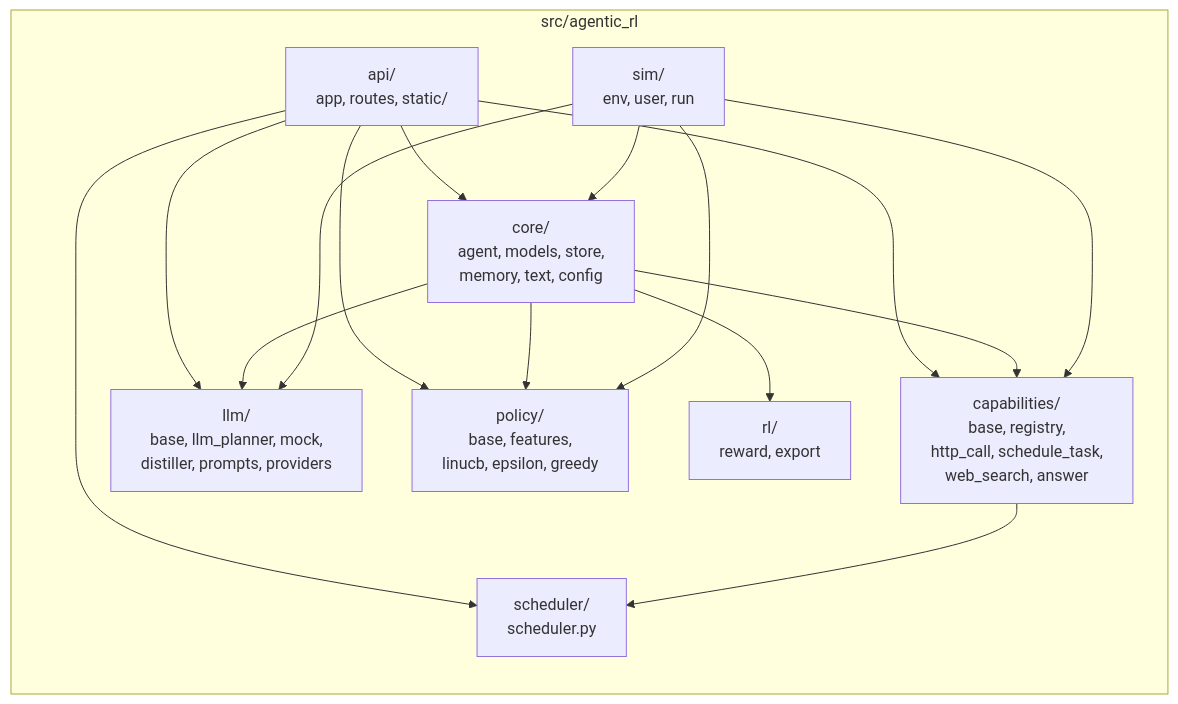
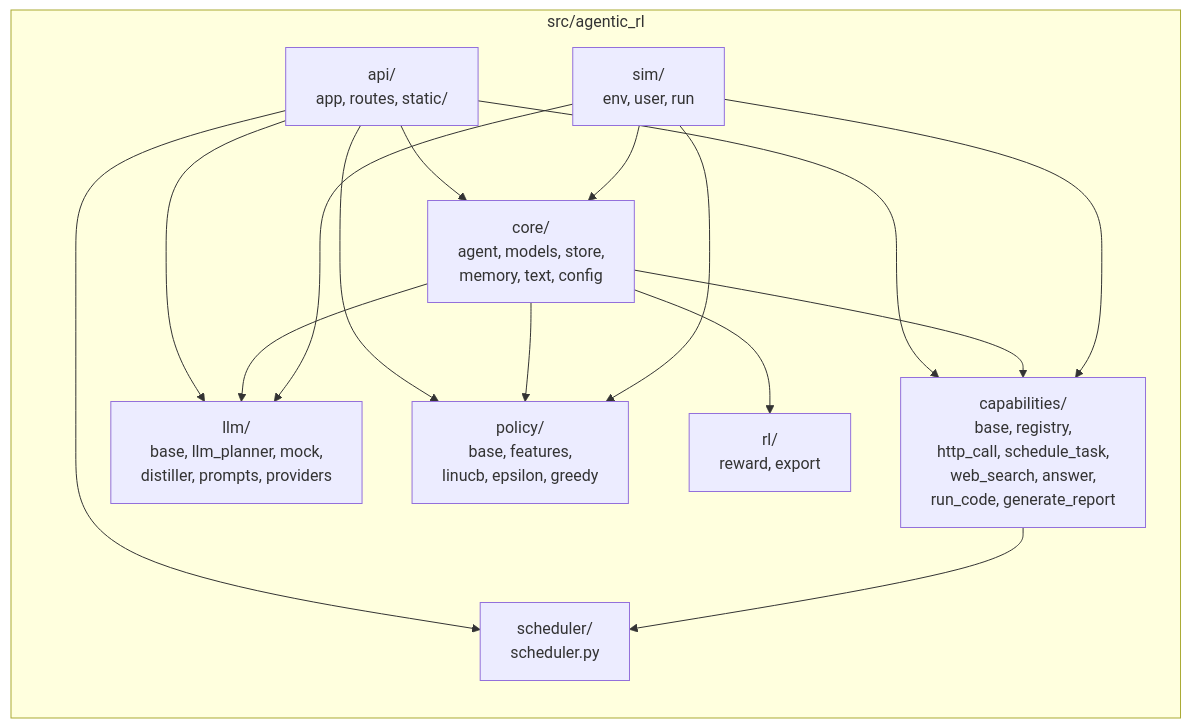
One commit to nadermedhet148/agentic-rl changed the third of 6 diagrams in docs/ARCHITECTURE.md. Above: the diagram before and after it, drawn with Mermaid. The commit also changed other lines of this file and 18 other files, not shown here.

````diff
--- a/docs/ARCHITECTURE.md
+++ b/docs/ARCHITECTURE.md
@@ -179,28 +190,28 @@
 ```mermaid
 graph LR
     subgraph src/agentic_rl
         core["core/<br/>agent, models, store,<br/>memory, text, config"]
-        capabilities["capabilities/<br/>base, registry,<br/>http_call, schedule_task,<br/>web_search, answer"]
+        capabilities["capabilities/<br/>base, registry,<br/>http_call, schedule_task,<br/>web_search, answer,<br/>run_code, generate_report"]
         llm["llm/<br/>base, llm_planner, mock,<br/>distiller, prompts, providers"]
         policy["policy/<br/>base, features,<br/>linucb, epsilon, greedy"]
         rl["rl/<br/>reward, export"]
         scheduler["scheduler/<br/>scheduler.py"]
         api["api/<br/>app, routes, static/"]
         sim["sim/<br/>env, user, run"]
     end
 
     api --> core
     api --> capabilities
     api --> llm
     api --> policy
     api --> scheduler
     core --> capabilities
     core --> llm
     core --> policy
     core --> rl
     capabilities --> scheduler
     sim --> core
     sim --> capabilities
     sim --> llm
     sim --> policy
 ```
````
